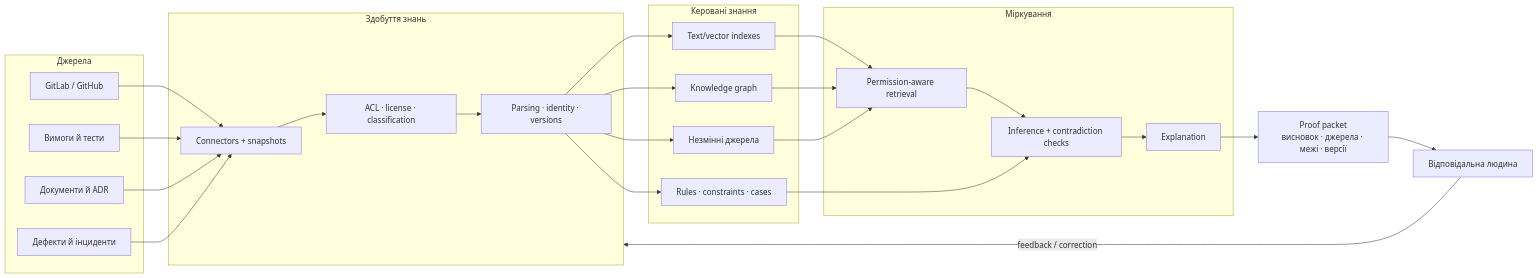
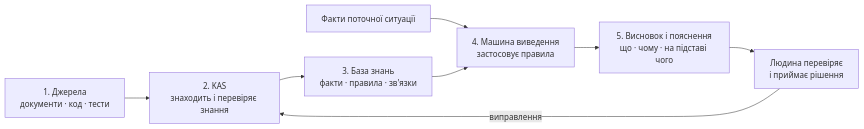
The third of 5 diagrams in ExpertSystem/01-Expert-Systems-for-RD.md (nick-fedchik/articles), drawn with Mermaid before and after one commit. The commit also changed other lines of this file, not shown here.

````diff
--- a/ExpertSystem/01-Expert-Systems-for-RD.md
+++ b/ExpertSystem/01-Expert-Systems-for-RD.md
@@ -156,47 +351,13 @@
 ```mermaid
 flowchart LR
     accTitle: Мінімальна архітектура експертної системи для R&D
-    accDescr: Інженерні джерела проходять контрольоване здобуття, нормалізацію, пошук і міркування, після чого користувач отримує висновок із доказами.
+    accDescr: Документи й результати тестів проходять через систему здобуття знань до бази знань, після чого машина виведення формує пояснений висновок для людини.
 
-    subgraph SRC["Джерела"]
-        GIT["GitLab / GitHub"]
-        REQ["Вимоги й тести"]
-        DOC["Документи й ADR"]
-        OPS["Дефекти й інциденти"]
-    end
-    subgraph ACQ["Здобуття знань"]
-        CON["Connectors + snapshots"]
-        ACL["ACL · license · classification"]
-        NORM["Parsing · identity · versions"]
-    end
-    subgraph K["Керовані знання"]
-        RAW["Незмінні джерела"]
-        IDX["Text/vector indexes"]
-        KG["Knowledge graph"]
-        RULE["Rules · constraints · cases"]
-    end
-    subgraph INF["Міркування"]
-        RET["Permission-aware retrieval"]
-        ENG["Inference + contradiction checks"]
-        EXP["Explanation"]
-    end
-    OUT["Proof packet<br>висновок · джерела · межі · версії"]
-    HUM["Відповідальна людина"]
-
-    GIT --> CON
-    REQ --> CON
-    DOC --> CON
-    OPS --> CON
-    CON --> ACL --> NORM
-    NORM --> RAW
-    NORM --> IDX
-    NORM --> KG
-    NORM --> RULE
-    IDX --> RET
-    KG --> RET
-    RAW --> RET
-    RET --> ENG
-    RULE --> ENG
-    ENG --> EXP --> OUT --> HUM
-    HUM -->|"feedback / correction"| ACQ
+    SRC["1. Джерела<br>документи · код · тести"] --> KAS["2. KAS<br>знаходить і перевіряє знання"]
+    KAS --> KB["3. База знань<br>факти · правила · зв'язки"]
+    CASE["Факти поточної ситуації"] --> IE["4. Машина виведення<br>застосовує правила"]
+    KB --> IE
+    IE --> OUT["5. Висновок і пояснення<br>що · чому · на підставі чого"]
+    OUT --> HUM["Людина перевіряє<br>і приймає рішення"]
+    HUM -->|"виправлення"| KAS
 ```
````
